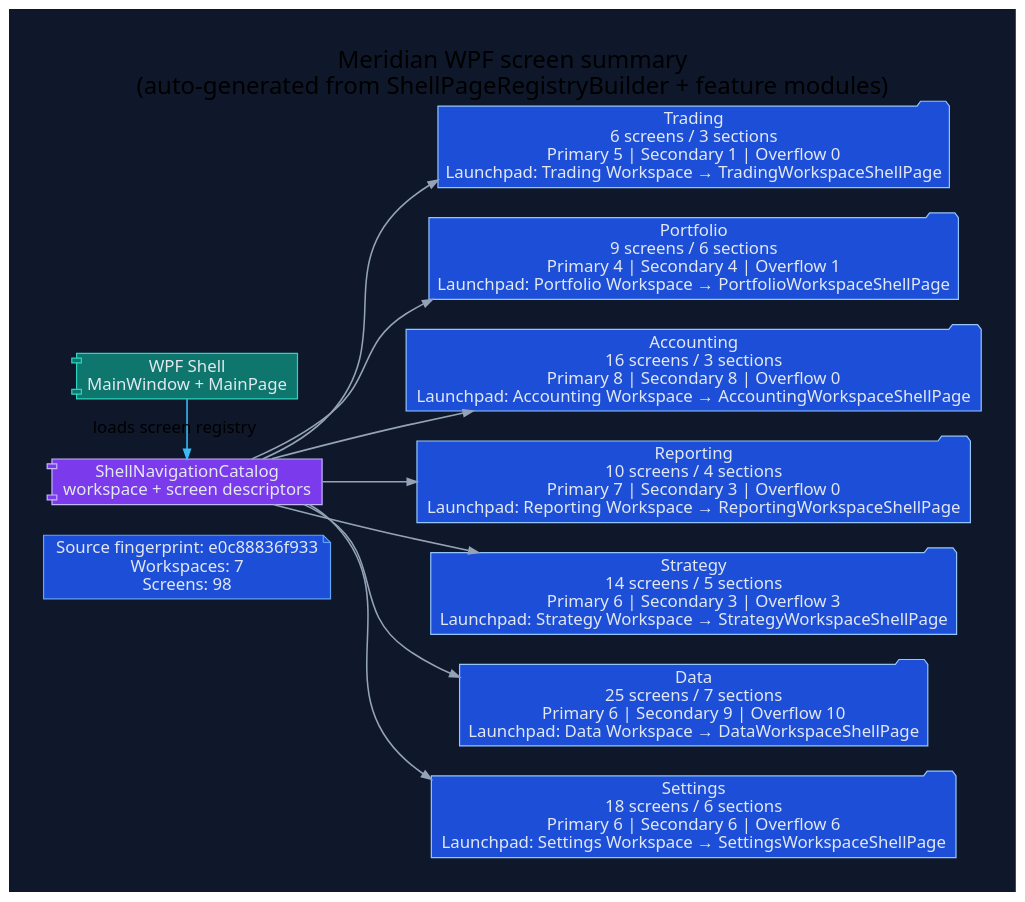
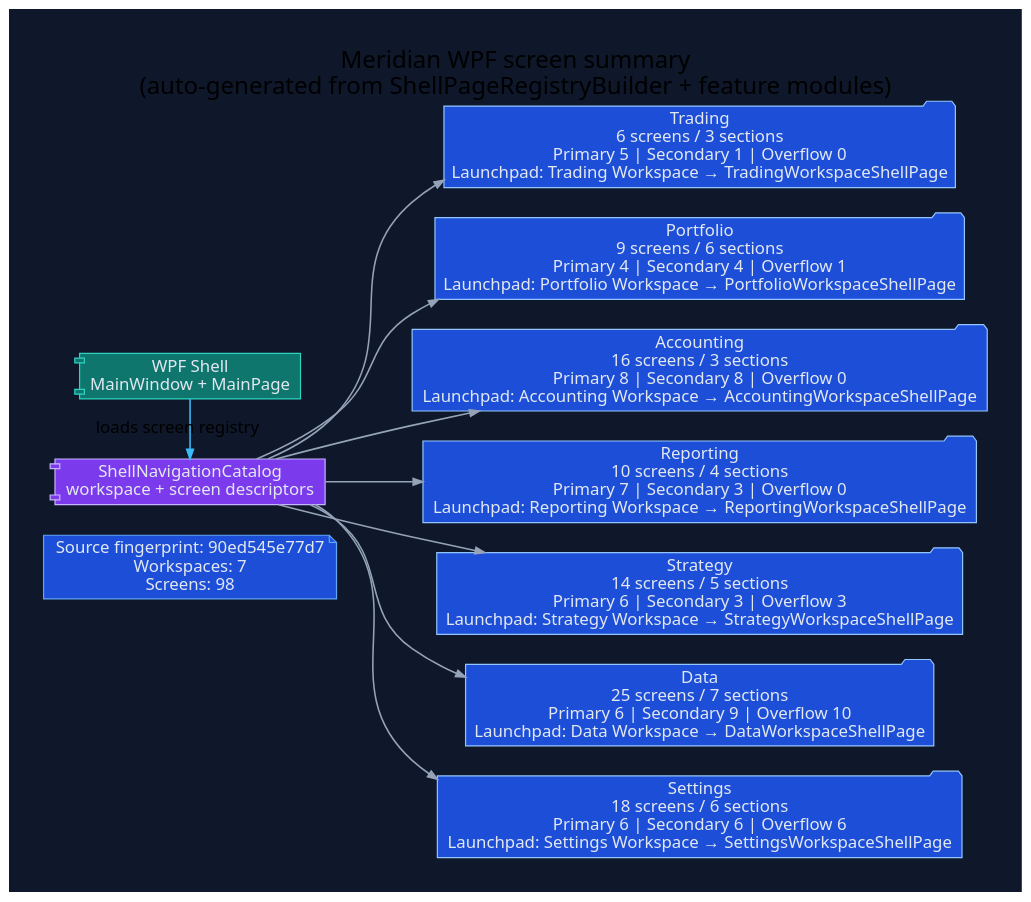
The diagram in docs/diagrams/ui-wpf-screen-summary.dot (rodoHasArrived/Meridian-main), drawn with Graphviz before and after one commit. The commit also changed 73 other files, not shown here.

```diff
--- a/docs/diagrams/ui-wpf-screen-summary.dot
+++ b/docs/diagrams/ui-wpf-screen-summary.dot
@@ -1,42 +1,42 @@
 // -----------------------------------------------------------------------------
 // <auto-generated>
 // Generated by scripts/generate-diagrams.mjs.
 // Do not edit this file directly; update the WPF source files instead.
 // -----------------------------------------------------------------------------
 digraph WpfScreenSummary {
   graph [
     rankdir=LR,
     labelloc=t,
     label="Meridian WPF screen summary\n(auto-generated from ShellPageRegistryBuilder + feature modules)",
     fontname="Segoe UI",
     fontsize=20,
     pad=0.4,
     nodesep=0.35,
     ranksep=0.85,
     bgcolor="#0f172a"
   ];
   node [fontname="Segoe UI", shape=box, style="rounded,filled", color="#475569", fontcolor="#e2e8f0", fillcolor="#1e293b"];
   edge [fontname="Segoe UI", color="#94a3b8", penwidth=1.3, arrowsize=0.8];
 
-  generated [shape=note, fillcolor="#1d4ed8", color="#60a5fa", label="Source fingerprint: e0c88836f933\nWorkspaces: 7\nScreens: 98"];
+  generated [shape=note, fillcolor="#1d4ed8", color="#60a5fa", label="Source fingerprint: 90ed545e77d7\nWorkspaces: 7\nScreens: 98"];
   shell [shape=component, fillcolor="#0f766e", color="#2dd4bf", label="WPF Shell\nMainWindow + MainPage"];
   catalog [shape=component, fillcolor="#7c3aed", color="#c4b5fd", label="ShellNavigationCatalog\nworkspace + screen descriptors"];
   shell -> catalog [label="loads screen registry", color="#38bdf8"];
 
   workspace_1 [shape=folder, fillcolor="#1d4ed8", color="#93c5fd", label="Trading\n6 screens / 3 sections\nPrimary 5 | Secondary 1 | Overflow 0\nLaunchpad: Trading Workspace → TradingWorkspaceShellPage"];
   catalog -> workspace_1;
   workspace_2 [shape=folder, fillcolor="#1d4ed8", color="#93c5fd", label="Portfolio\n9 screens / 6 sections\nPrimary 4 | Secondary 4 | Overflow 1\nLaunchpad: Portfolio Workspace → PortfolioWorkspaceShellPage"];
   catalog -> workspace_2;
   workspace_3 [shape=folder, fillcolor="#1d4ed8", color="#93c5fd", label="Accounting\n16 screens / 3 sections\nPrimary 8 | Secondary 8 | Overflow 0\nLaunchpad: Accounting Workspace → AccountingWorkspaceShellPage"];
   catalog -> workspace_3;
   workspace_4 [shape=folder, fillcolor="#1d4ed8", color="#93c5fd", label="Reporting\n10 screens / 4 sections\nPrimary 7 | Secondary 3 | Overflow 0\nLaunchpad: Reporting Workspace → ReportingWorkspaceShellPage"];
   catalog -> workspace_4;
   workspace_5 [shape=folder, fillcolor="#1d4ed8", color="#93c5fd", label="Strategy\n14 screens / 5 sections\nPrimary 6 | Secondary 3 | Overflow 3\nLaunchpad: Strategy Workspace → StrategyWorkspaceShellPage"];
   catalog -> workspace_5;
   workspace_6 [shape=folder, fillcolor="#1d4ed8", color="#93c5fd", label="Data\n25 screens / 7 sections\nPrimary 6 | Secondary 9 | Overflow 10\nLaunchpad: Data Workspace → DataWorkspaceShellPage"];
   catalog -> workspace_6;
   workspace_7 [shape=folder, fillcolor="#1d4ed8", color="#93c5fd", label="Settings\n18 screens / 6 sections\nPrimary 6 | Secondary 6 | Overflow 6\nLaunchpad: Settings Workspace → SettingsWorkspaceShellPage"];
   catalog -> workspace_7;
 
   { rank=min; generated; shell; catalog; }
 }
```
